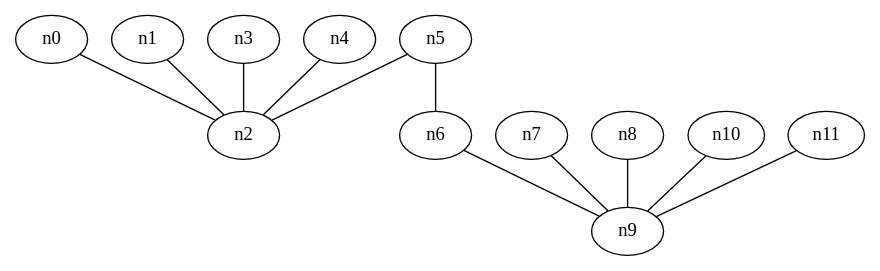
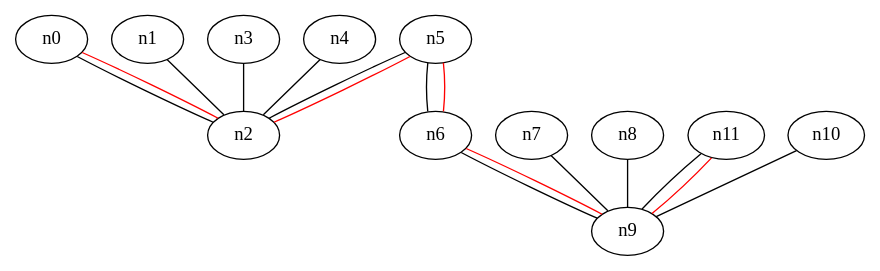
Before and after one commit to Grimmgockel/QuNetOptix: the diagram in QuNetOptix/lvl0_net.dot, drawn with Graphviz. The commit also changed 1 other file, not shown here.

Commit message:
Draw routing path in lvl 0 graph

```diff
--- a/QuNetOptix/lvl0_net.dot
+++ b/QuNetOptix/lvl0_net.dot
@@ -1,27 +1,32 @@
 graph {
 n0 [label="n0"];
 n1 [label="n1"];
 n2 [label="n2"];
 n3 [label="n3"];
 n4 [label="n4"];
 n5 [label="n5"];
 n6 [label="n6"];
 n7 [label="n7"];
 n8 [label="n8"];
 n9 [label="n9"];
 n10 [label="n10"];
 n11 [label="n11"];
 
 n0--n2;
 n1--n2;
 n4--n2;
 n3--n2;
 n5--n2;
 n5--n6;
 n6--n9;
 n7--n9;
 n8--n9;
 n11--n9;
 n10--n9;
 
+n0--n2 [color=red penwidth=1 constraint=False];
+n2--n5 [color=red penwidth=1 constraint=False];
+n5--n6 [color=red penwidth=1 constraint=False];
+n6--n9 [color=red penwidth=1 constraint=False];
+n9--n11 [color=red penwidth=1 constraint=False];
 }
```
